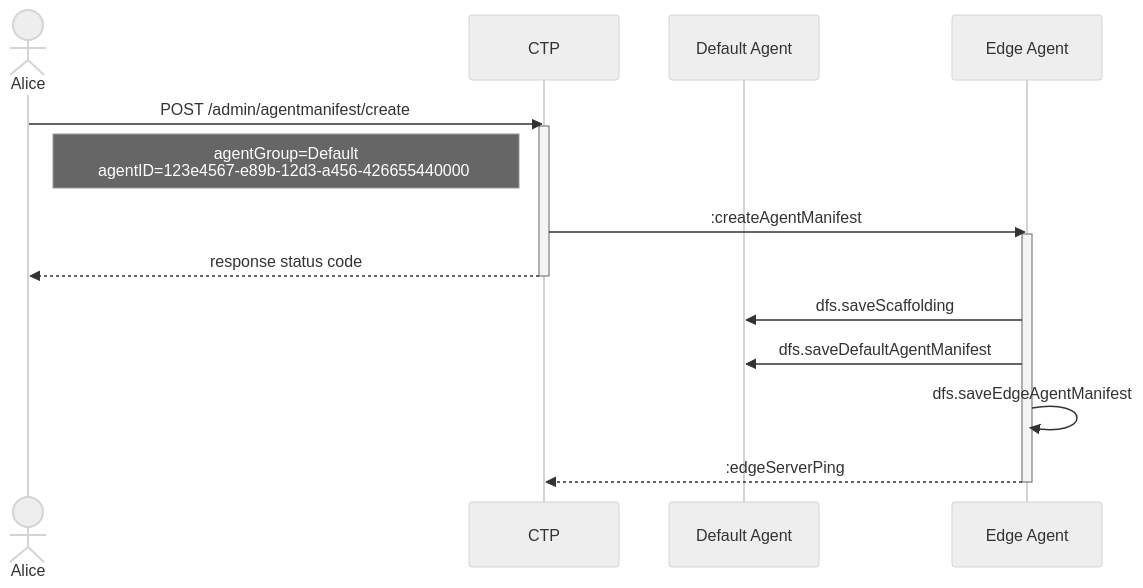
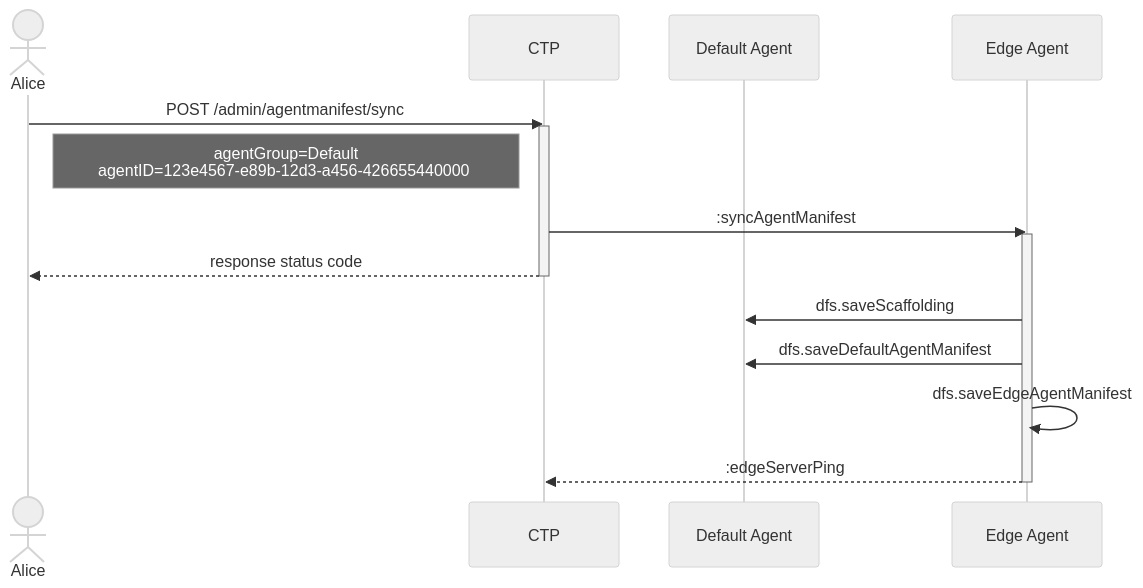
Before and after one commit to t-ibm/didymus: the diagram in app/src/doc/templates/createEdgeDefault.mmd, drawn with Mermaid (neutral theme). The commit also changed 1 other file, not shown here.

Commit message:
Changing 'create' to 'sync'

```diff
--- a/app/src/doc/templates/createEdgeDefault.mmd
+++ b/app/src/doc/templates/createEdgeDefault.mmd
@@ -1,17 +1,17 @@
 sequenceDiagram
     actor A as Alice
     participant C as CTP
     participant D as Default Agent
     participant E as Edge Agent
-    A->>C: POST /admin/agentmanifest/create
+    A->>C: POST /admin/agentmanifest/sync
     activate C
     Note right of A: agentGroup=Default<br>agentID=123e4567-e89b-12d3-a456-426655440000#8200;
-    C->>E: :createAgentManifest
+    C->>E: :syncAgentManifest
     activate E
     C-->>A: response status code
     deactivate C
     E->>D: dfs.saveScaffolding
     E->>D: dfs.saveDefaultAgentManifest
     E->>E: dfs.saveEdgeAgentManifest
     E-->>C: :edgeServerPing
     deactivate E
```
